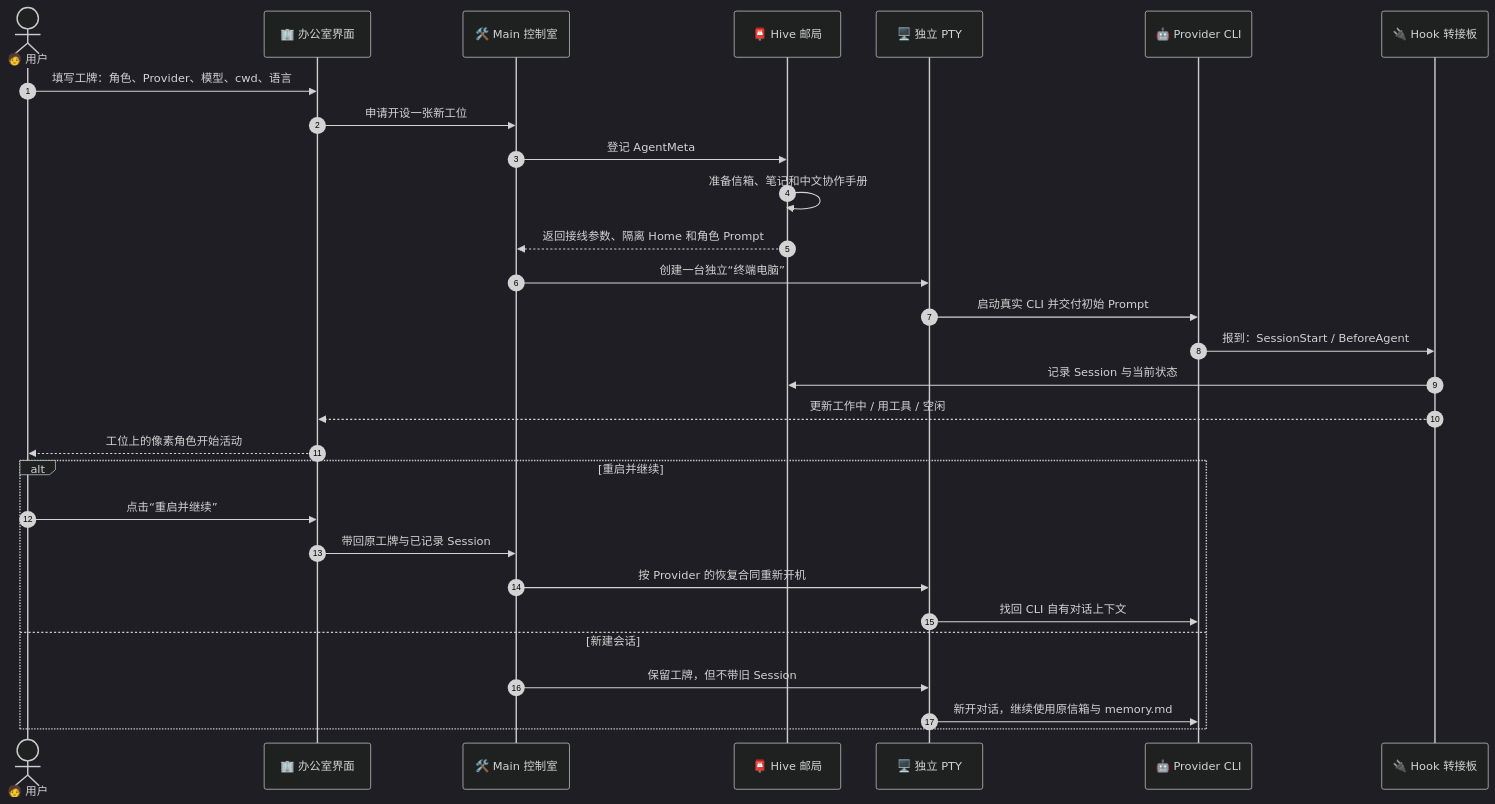
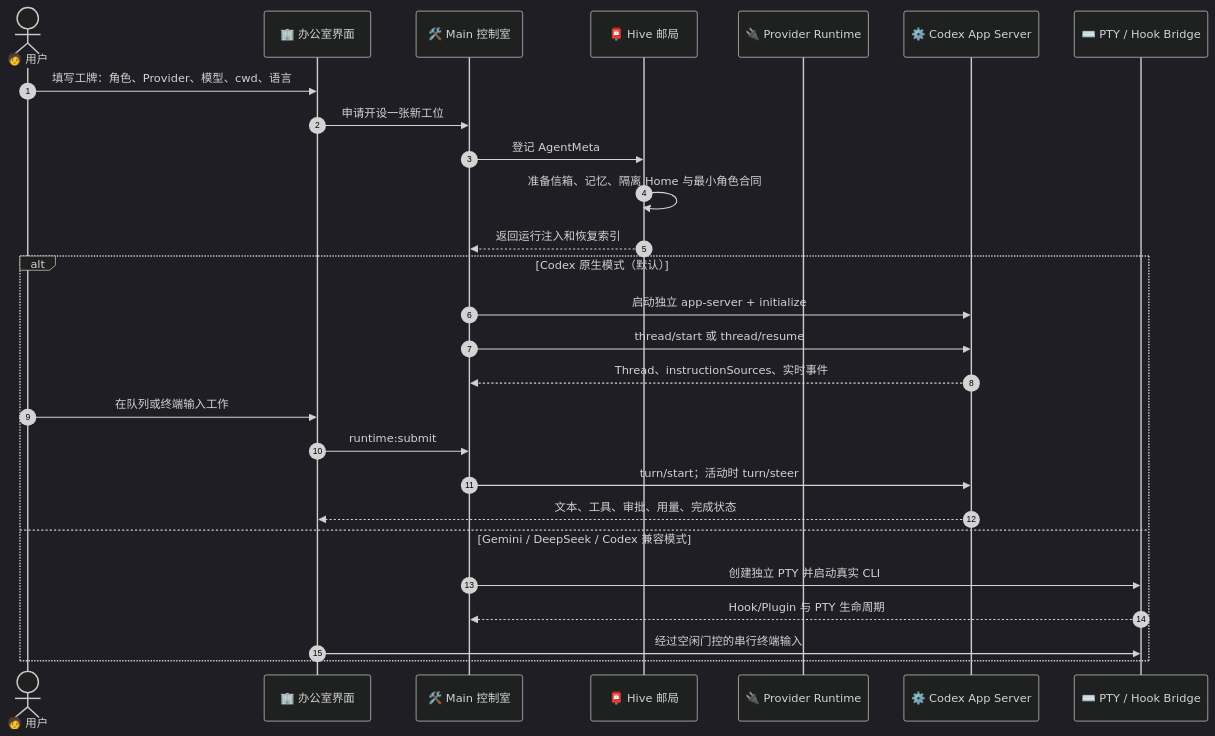
The third of 8 diagrams in docs/diy/正式设计文档/01-Munder-Difflin多Agent角色办公室架构与运行机制.md (kldancer/munder-difflin), drawn with Mermaid (dark theme) before and after one commit. The commit also changed other lines of this file and 27 other files, not shown here.

First line of the commit message:
feat(diy): add Codex App Server native runtime

````diff
--- a/docs/diy/正式设计文档/01-Munder-Difflin多Agent角色办公室架构与运行机制.md
+++ b/docs/diy/正式设计文档/01-Munder-Difflin多Agent角色办公室架构与运行机制.md
@@ -259,33 +262,31 @@
 ```mermaid
 sequenceDiagram
     autonumber
     actor User as 🧑 用户
     participant UI as 🏢 办公室界面
     participant Main as 🛠️ Main 控制室
     participant Hive as 📮 Hive 邮局
-    participant PTY as 🖥️ 独立 PTY
-    participant CLI as 🤖 Provider CLI
-    participant Hook as 🔌 Hook 转接板
+    participant Runtime as 🔌 Provider Runtime
+    participant Codex as ⚙️ Codex App Server
+    participant Compat as ⌨️ PTY / Hook Bridge
 
     User->>UI: 填写工牌：角色、Provider、模型、cwd、语言
     UI->>Main: 申请开设一张新工位
     Main->>Hive: 登记 AgentMeta
-    Hive->>Hive: 准备信箱、笔记和中文协作手册
-    Hive-->>Main: 返回接线参数、隔离 Home 和角色 Prompt
-    Main->>PTY: 创建一台独立“终端电脑”
-    PTY->>CLI: 启动真实 CLI 并交付初始 Prompt
-    CLI->>Hook: 报到：SessionStart / BeforeAgent
-    Hook->>Hive: 记录 Session 与当前状态
-    Hook-->>UI: 更新工作中 / 用工具 / 空闲
-    UI-->>User: 工位上的像素角色开始活动
+    Hive->>Hive: 准备信箱、记忆、隔离 Home 与最小角色合同
+    Hive-->>Main: 返回运行注入和恢复索引
 
-    alt 重启并继续
-        User->>UI: 点击“重启并继续”
-        UI->>Main: 带回原工牌与已记录 Session
-        Main->>PTY: 按 Provider 的恢复合同重新开机
-        PTY->>CLI: 找回 CLI 自有对话上下文
-    else 新建会话
-        Main->>PTY: 保留工牌，但不带旧 Session
-        PTY->>CLI: 新开对话，继续使用原信箱与 memory.md
+    alt Codex 原生模式（默认）
+        Main->>Codex: 启动独立 app-server + initialize
+        Main->>Codex: thread/start 或 thread/resume
+        Codex-->>Main: Thread、instructionSources、实时事件
+        User->>UI: 在队列或终端输入工作
+        UI->>Main: runtime:submit
+        Main->>Codex: turn/start；活动时 turn/steer
+        Codex-->>UI: 文本、工具、审批、用量、完成状态
+    else Gemini / DeepSeek / Codex 兼容模式
+        Main->>Compat: 创建独立 PTY 并启动真实 CLI
+        Compat-->>Main: Hook/Plugin 与 PTY 生命周期
+        UI->>Compat: 经过空闲门控的串行终端输入
     end
 ```
````
